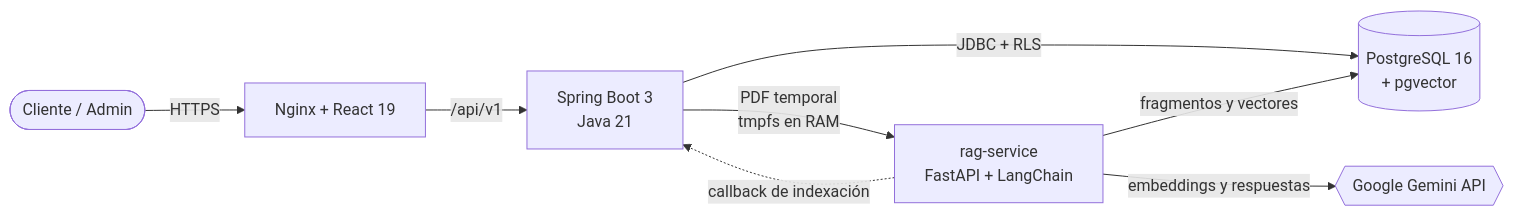
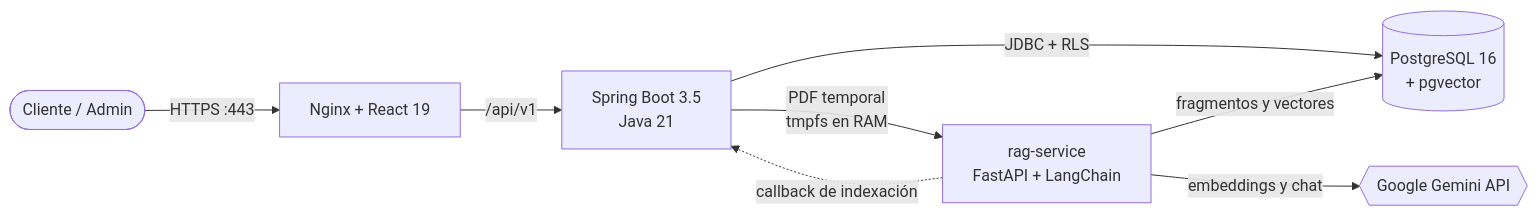
One commit to castillokfirex/KeyStreet changed the first of 2 diagrams in README.md. Above: the diagram before and after it, drawn with Mermaid. The commit also changed other lines of this file, not shown here.

````diff
--- a/README.md
+++ b/README.md
@@ -54,10 +79,10 @@
 ```mermaid
 flowchart LR
-  U([Cliente / Admin]) -->|HTTPS| F[Nginx + React 19]
-  F -->|/api/v1| B[Spring Boot 3<br/>Java 21]
+  U([Cliente / Admin]) -->|HTTPS :443| F[Nginx + React 19]
+  F -->|/api/v1| B[Spring Boot 3.5<br/>Java 21]
   B -->|JDBC + RLS| P[(PostgreSQL 16<br/>+ pgvector)]
   B -->|PDF temporal<br/>tmpfs en RAM| R[rag-service<br/>FastAPI + LangChain]
   R -->|fragmentos y vectores| P
-  R -->|embeddings y respuestas| G{{Google Gemini API}}
+  R -->|embeddings y chat| G{{Google Gemini API}}
   R -.->|callback de indexación| B
 ```
````
